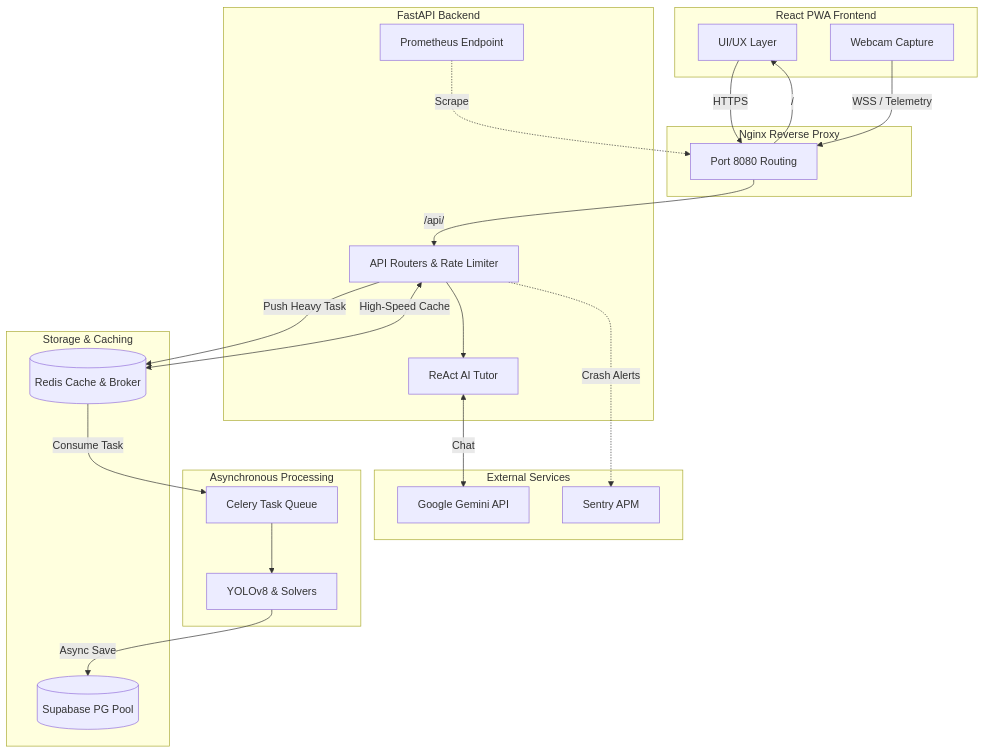
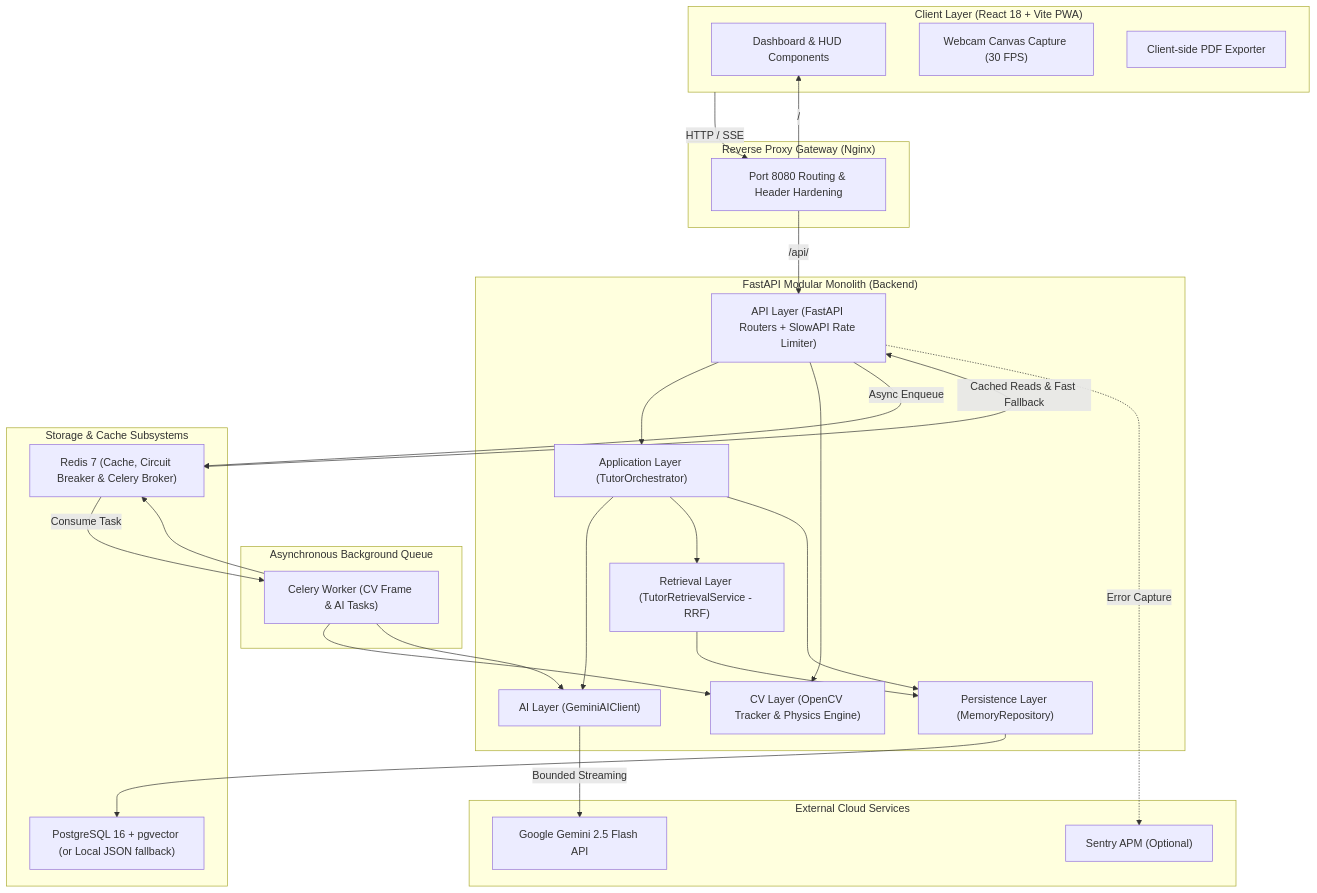
The first of 2 diagrams in README.md (vikassaini77/AI-Steam-Lab), drawn with Mermaid before and after one commit. The commit also changed other lines of this file, not shown here.

Commit message:
docs: align README with verified implementation guarantees, benchmarks, and architecture (Problem 47)

````diff
--- a/README.md
+++ b/README.md
@@ -121,46 +88,54 @@
 ```mermaid
 graph TD
-    subgraph Client [React PWA Frontend]
-        UI[UI/UX Layer]
-        CV[Webcam Capture]
+    subgraph Client ["Client Layer (React 18 + Vite PWA)"]
+        UI["Dashboard & HUD Components"]
+        Webcam["Webcam Canvas Capture (30 FPS)"]
+        PDF["Client-side PDF Exporter"]
     end
 
-    subgraph Gateway [Nginx Reverse Proxy]
-        Proxy[Port 8080 Routing]
+    subgraph Gateway ["Reverse Proxy Gateway (Nginx)"]
+        Proxy["Port 8080 Routing & Header Hardening"]
     end
 
-    subgraph API [FastAPI Backend]
-        Router[API Routers & Rate Limiter]
-        Agent[ReAct AI Tutor]
-        Metrics[Prometheus Endpoint]
+    subgraph Backend ["FastAPI Modular Monolith (Backend)"]
+        API["API Layer (FastAPI Routers + SlowAPI Rate Limiter)"]
+        AppLayer["Application Layer (TutorOrchestrator)"]
+        AILayer["AI Layer (GeminiAIClient)"]
+        RetrLayer["Retrieval Layer (TutorRetrievalService - RRF)"]
+        PersistLayer["Persistence Layer (MemoryRepository)"]
+        CVLayer["CV Layer (OpenCV Tracker & Physics Engine)"]
     end
 
-    subgraph Workers [Asynchronous Processing]
-        Celery[Celery Task Queue]
-        Physics[YOLOv8 & Solvers]
+    subgraph Workers ["Asynchronous Background Queue"]
+        CeleryWorker["Celery Worker (CV Frame & AI Tasks)"]
     end
 
-    subgraph Data [Storage & Caching]
-        Supa[(Supabase PG Pool)]
-        Redis[(Redis Cache & Broker)]
+    subgraph Storage ["Storage & Cache Subsystems"]
+        Redis["Redis 7 (Cache, Circuit Breaker & Celery Broker)"]
+        Postgres["PostgreSQL 16 + pgvector (or Local JSON fallback)"]
     end
 
-    subgraph Cloud [External Services]
-        LLM[Google Gemini API]
-        Sentry[Sentry APM]
+    subgraph Cloud ["External Cloud Services"]
+        GeminiAPI["Google Gemini 2.5 Flash API"]
+        Sentry["Sentry APM (Optional)"]
     end
 
-    UI -->|HTTPS| Proxy
-    CV -->|WSS / Telemetry| Proxy
+    Client -->|HTTP / SSE| Proxy
+    Proxy -->|/api/| API
     Proxy -->|/| UI
-    Proxy -->|/api/| Router
-    Router -->|Push Heavy Task| Redis
-    Redis -->|Consume Task| Celery
-    Celery --> Physics
-    Router <-->|High-Speed Cache| Redis
-    Router --> Agent
-    Agent <-->|Chat| LLM
-    Physics -->|Async Save| Supa
-    Router -.->|Crash Alerts| Sentry
-    Metrics -.->|Scrape| Proxy
+    API --> AppLayer
+    API --> CVLayer
+    API -->|Async Enqueue| Redis
+    Redis -->|Consume Task| CeleryWorker
+    AppLayer --> AILayer
+    AppLayer --> RetrLayer
+    AppLayer --> PersistLayer
+    AILayer -->|Bounded Streaming| GeminiAPI
+    RetrLayer --> PersistLayer
+    PersistLayer --> Postgres
+    API <-->|Cached Reads & Fast Fallback| Redis
+    CeleryWorker --> CVLayer
+    CeleryWorker --> AILayer
+    CeleryWorker --> Redis
+    API -.->|Error Capture| Sentry
 ```
````
